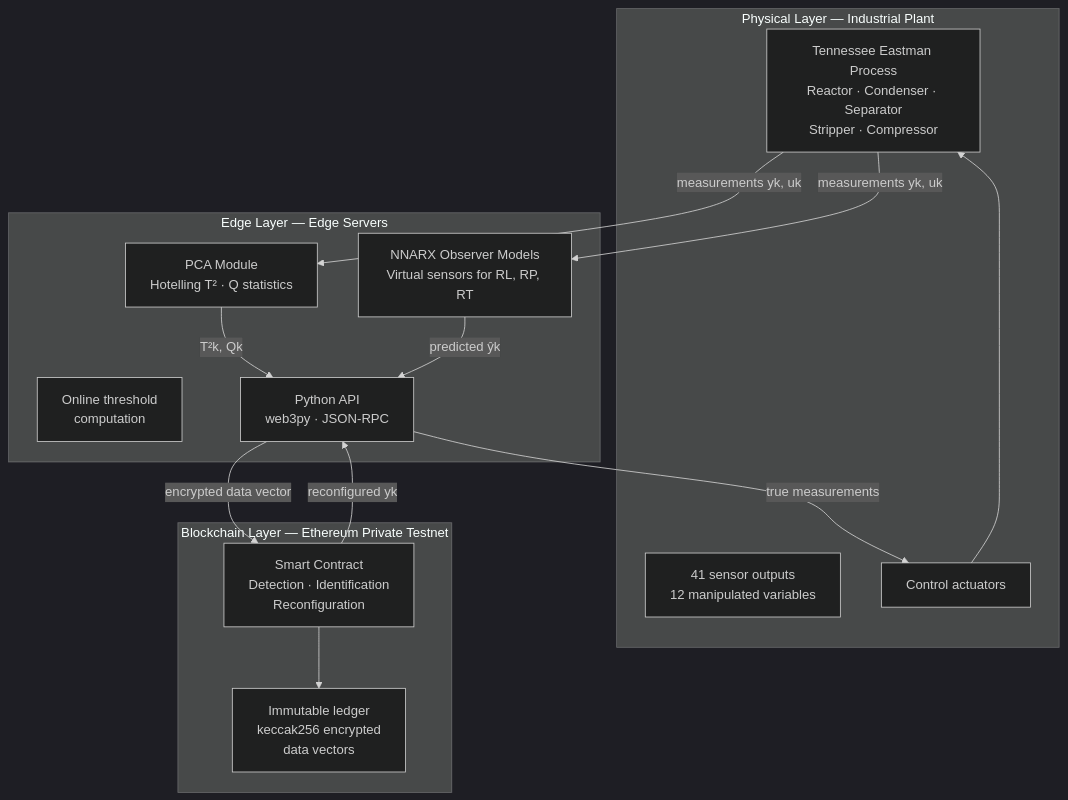
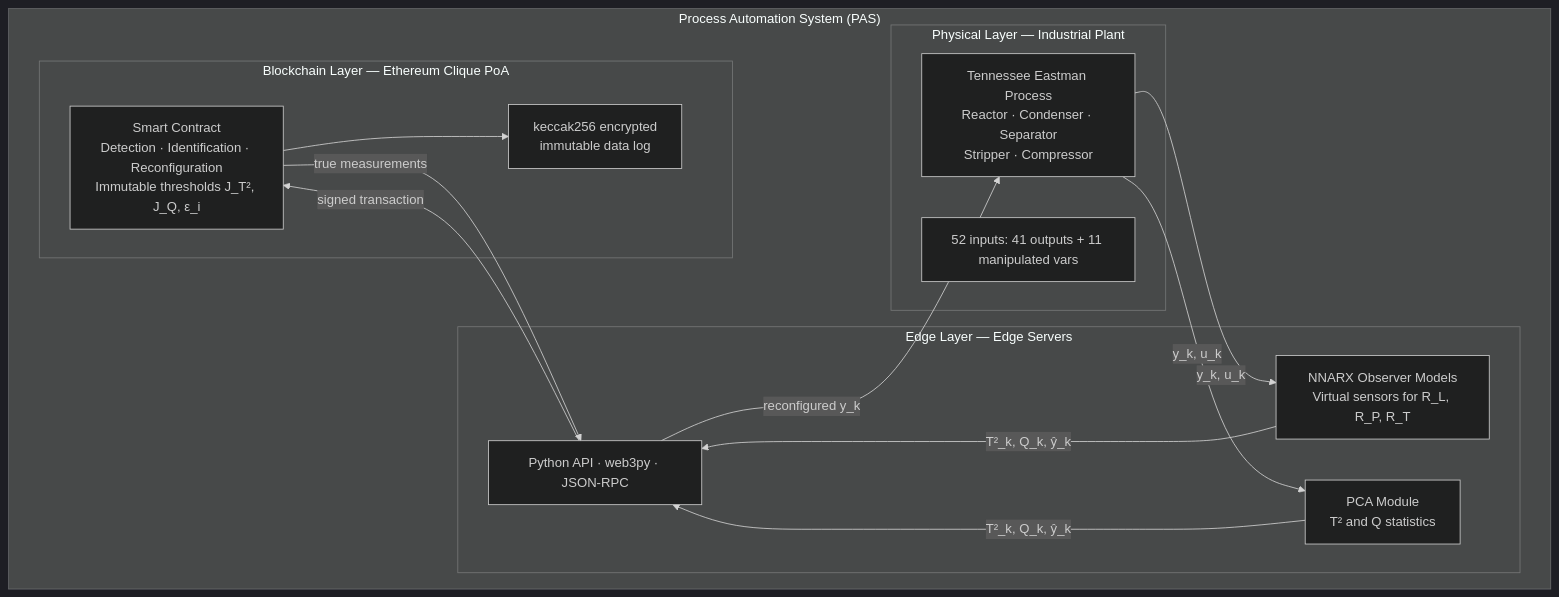
The first of 2 diagrams in README.md (abdullahbm09/dd-ids-iot), drawn with Mermaid (dark theme) before and after one commit. The commit also changed other lines of this file and 15 other files, not shown here.

````diff
--- a/README.md
+++ b/README.md
@@ -44,30 +33,25 @@
 ```mermaid
 graph TB
-    subgraph Physical["Physical Layer — Industrial Plant"]
-        PLANT[Tennessee Eastman Process<br/>Reactor · Condenser · Separator<br/>Stripper · Compressor]
-        SENSORS[41 sensor outputs<br/>12 manipulated variables]
-        ACTUATORS[Control actuators]
+    subgraph PAS["Process Automation System (PAS)"]
+        subgraph L1["Physical Layer — Industrial Plant"]
+            TEP[Tennessee Eastman Process<br/>Reactor · Condenser · Separator<br/>Stripper · Compressor]
+            SENS[52 inputs: 41 outputs + 11 manipulated vars]
+        end
+        subgraph L2["Edge Layer — Edge Servers"]
+            OBS[NNARX Observer Models<br/>Virtual sensors for R_L, R_P, R_T]
+            PCA_MOD[PCA Module<br/>T² and Q statistics]
+            API[Python API · web3py · JSON-RPC]
+        end
+        subgraph L3["Blockchain Layer — Ethereum Clique PoA"]
+            SC[Smart Contract<br/>Detection · Identification · Reconfiguration<br/>Immutable thresholds J_T², J_Q, ε_i]
+            LEDGER[keccak256 encrypted<br/>immutable data log]
+        end
     end
 
-    subgraph Edge["Edge Layer — Edge Servers"]
-        OBSERVER[NNARX Observer Models<br/>Virtual sensors for RL, RP, RT]
-        PCA[PCA Module<br/>Hotelling T² · Q statistics]
-        THRESHOLD[Online threshold<br/>computation]
-        API[Python API<br/>web3py · JSON-RPC]
-    end
-
-    subgraph Chain["Blockchain Layer — Ethereum Private Testnet"]
-        SC[Smart Contract<br/>Detection · Identification<br/>Reconfiguration]
-        LEDGER[Immutable ledger<br/>keccak256 encrypted<br/>data vectors]
-    end
-
-    PLANT -->|measurements yk, uk| OBSERVER
-    PLANT -->|measurements yk, uk| PCA
-    PCA -->|T²k, Qk| API
-    OBSERVER -->|predicted ŷk| API
-    API -->|encrypted data vector| SC
-    SC -->|reconfigured yk| API
-    API -->|true measurements| ACTUATORS
-    ACTUATORS --> PLANT
+    TEP -->|y_k, u_k| OBS & PCA_MOD
+    PCA_MOD & OBS -->|T²_k, Q_k, ŷ_k| API
+    API -->|signed transaction| SC
+    SC -->|true measurements| API
+    API -->|reconfigured y_k| TEP
     SC --> LEDGER
 ```
````
